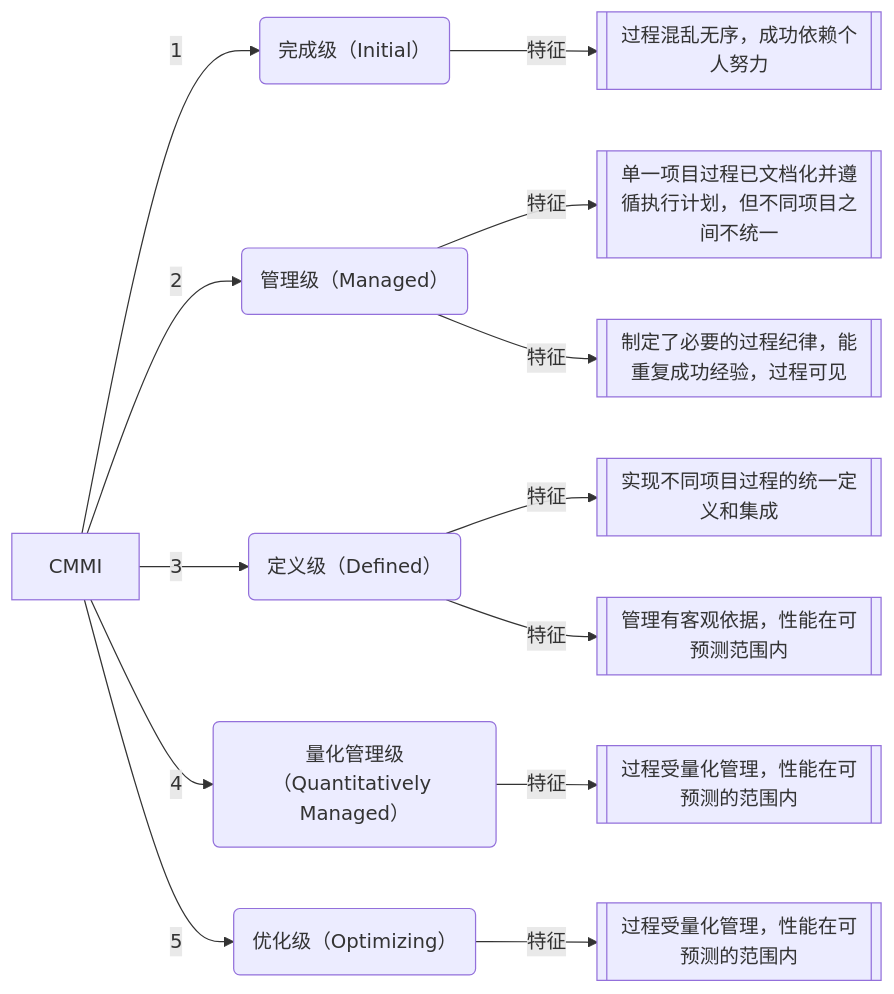
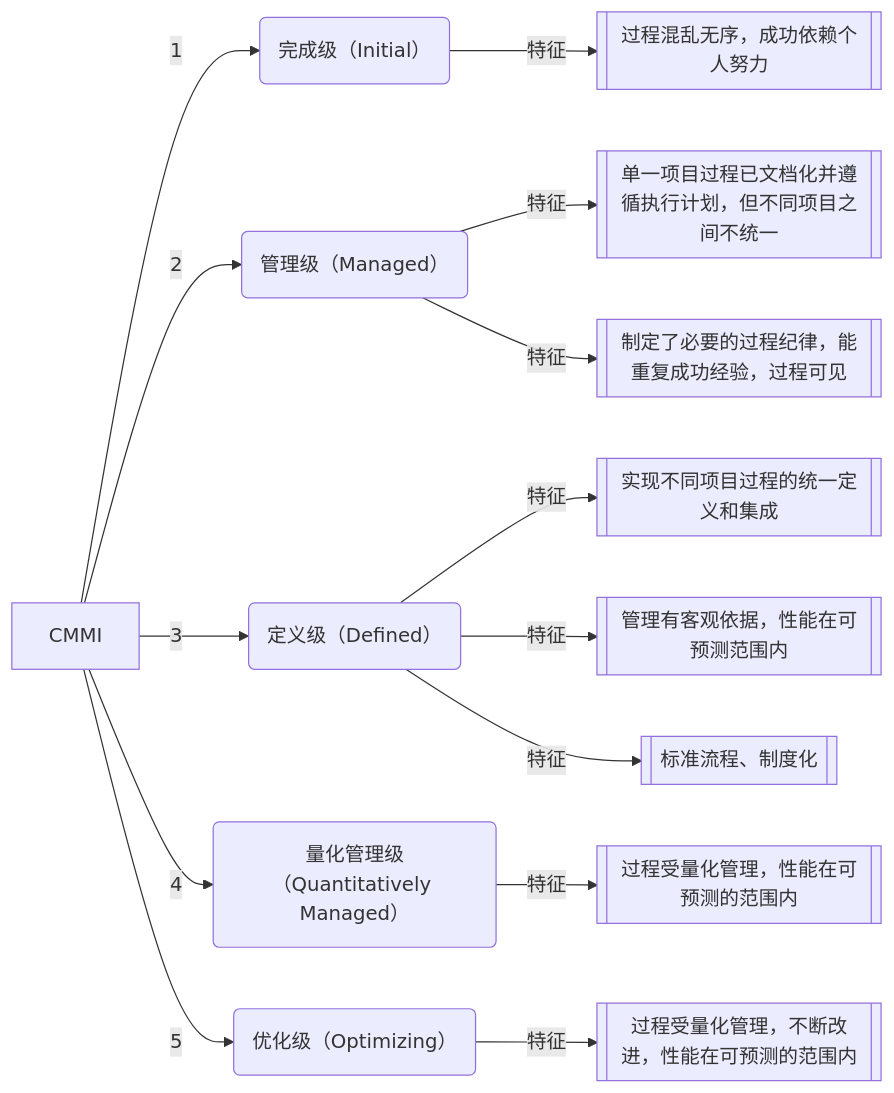
Before and after one commit to 290044632/bookmark: the diagram in 软考复习/CMMI-能力成熟度模型集成.md, drawn with Mermaid. The commit also changed other lines of this file and 3 other files, not shown here.

````diff
--- a/软考复习/CMMI-能力成熟度模型集成.md
+++ b/软考复习/CMMI-能力成熟度模型集成.md
@@ -3,16 +3,17 @@
 ```mermaid
 flowchart LR
 A["CMMI"]
 A-->|1|A1("完成级（Initial）")
 A1-->|特征|A11[["过程混乱无序，成功依赖个人努力"]]
 A-->|2|A2("管理级（Managed）")
 A2-->|特征|A21[["单一项目过程已文档化并遵循执行计划，但不同项目之间不统一"]]
 A2-->|特征|A22[["制定了必要的过程纪律，能重复成功经验，过程可见"]]
 A-->|3|A3("定义级（Defined）")
 A3-->|特征|A31[["实现不同项目过程的统一定义和集成"]]
 A3-->|特征|A32[["管理有客观依据，性能在可预测范围内"]]
+A3-->|特征|A33[["标准流程、制度化"]]
 A-->|4|A4("量化管理级（Quantitatively Managed）")
 A4-->|特征|A41[["过程受量化管理，性能在可预测的范围内"]]
 A-->|5|A5("优化级（Optimizing）")
-A5-->|特征|A51[["过程受量化管理，性能在可预测的范围内"]]
+A5-->|特征|A51[["过程受量化管理，不断改进，性能在可预测的范围内"]]
 ```
````
